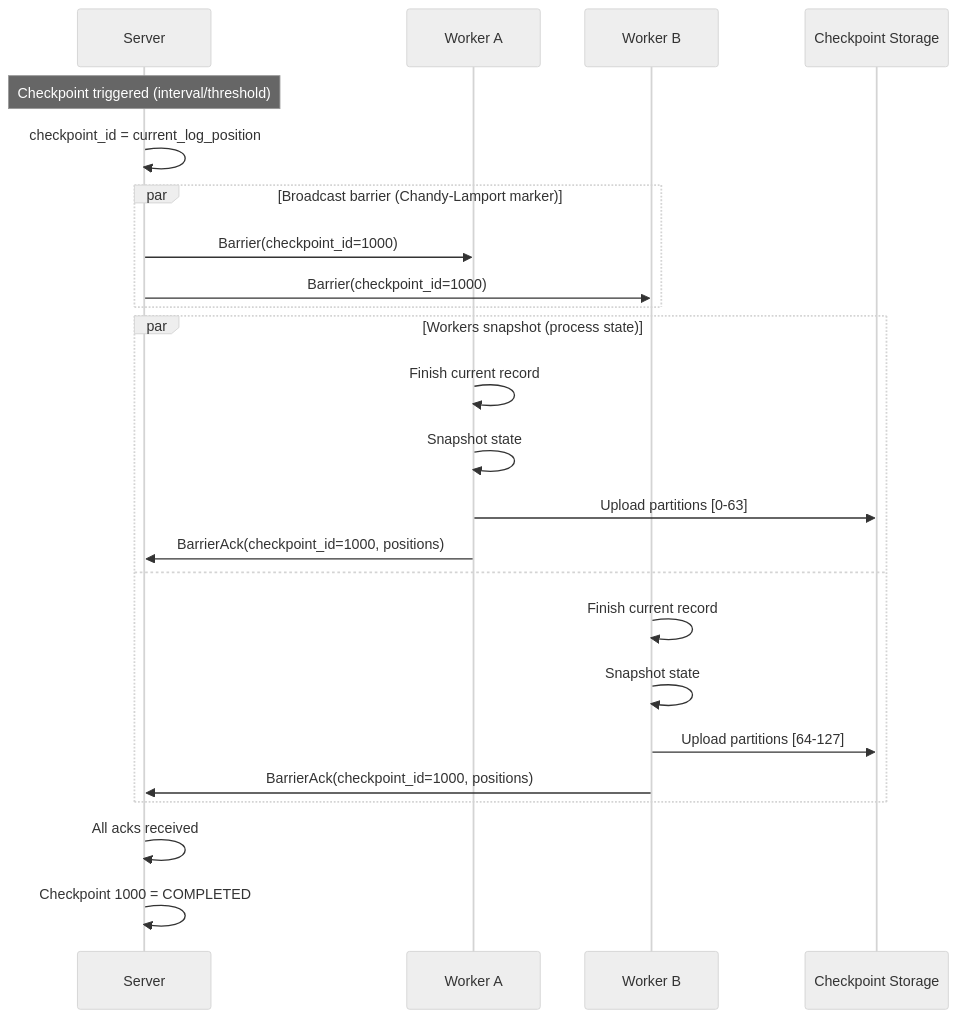
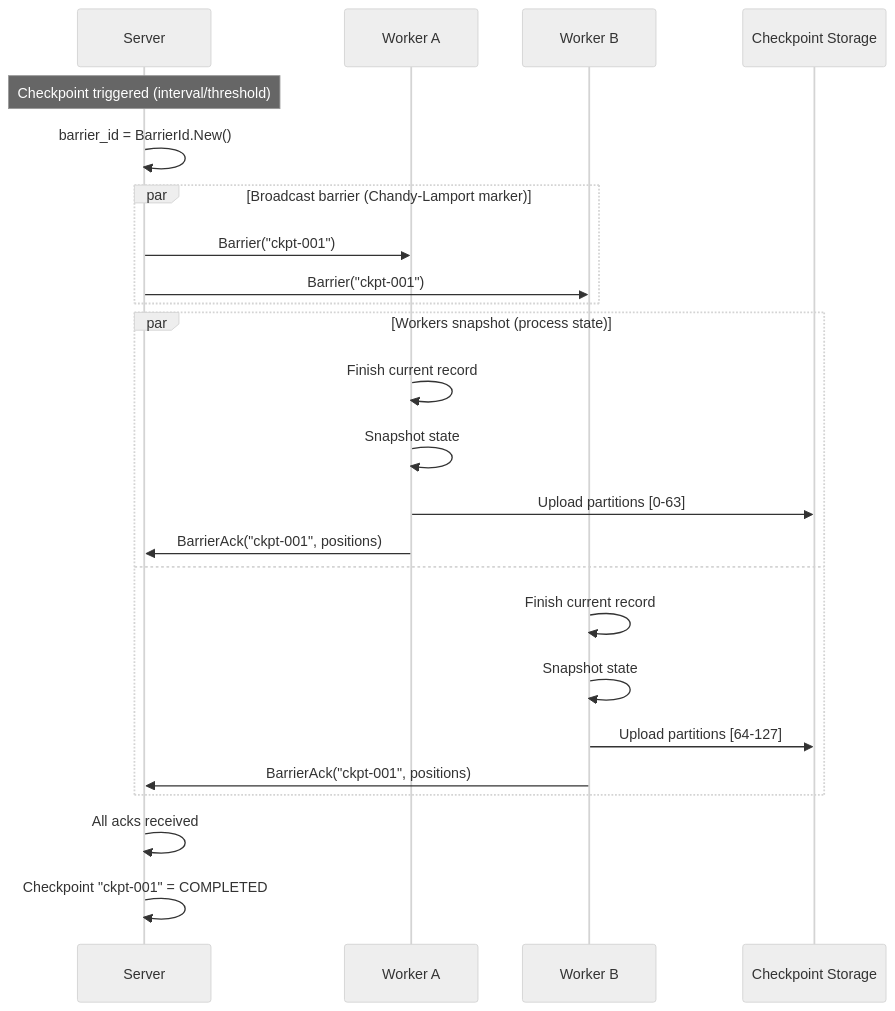
One commit to kurrent-io/kurrent-surge changed the fifth of 11 diagrams in .project/reference/features/processors.md. Above: the diagram before and after it, drawn with Mermaid (neutral theme). The commit also changed other lines of this file and 117 other files, not shown here.

````diff
--- a/.project/reference/features/processors.md
+++ b/.project/reference/features/processors.md
@@ -562,30 +580,30 @@
 ```mermaid
 sequenceDiagram
     participant S as Server
     participant A as Worker A
     participant B as Worker B
     participant CS as Checkpoint Storage
     
     Note over S: Checkpoint triggered (interval/threshold)
-    S->>S: checkpoint_id = current_log_position
-    
+    S->>S: barrier_id = BarrierId.New()
+
     par Broadcast barrier (Chandy-Lamport marker)
-        S->>A: Barrier(checkpoint_id=1000)
-        S->>B: Barrier(checkpoint_id=1000)
+        S->>A: Barrier("ckpt-001")
+        S->>B: Barrier("ckpt-001")
     end
-    
+
     par Workers snapshot (process state)
         A->>A: Finish current record
         A->>A: Snapshot state
         A->>CS: Upload partitions [0-63]
-        A->>S: BarrierAck(checkpoint_id=1000, positions)
+        A->>S: BarrierAck("ckpt-001", positions)
     and
         B->>B: Finish current record
         B->>B: Snapshot state
         B->>CS: Upload partitions [64-127]
-        B->>S: BarrierAck(checkpoint_id=1000, positions)
+        B->>S: BarrierAck("ckpt-001", positions)
     end
-    
+
     S->>S: All acks received
-    S->>S: Checkpoint 1000 = COMPLETED
+    S->>S: Checkpoint "ckpt-001" = COMPLETED
 ```
````
